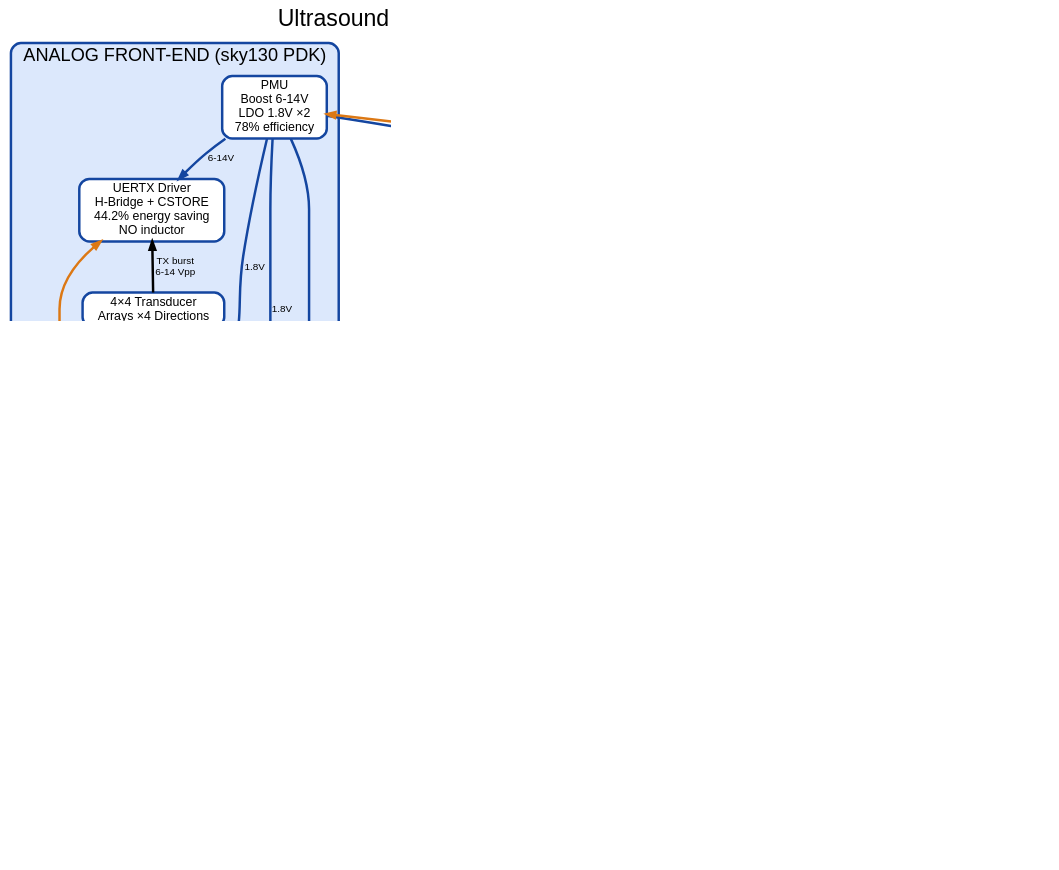
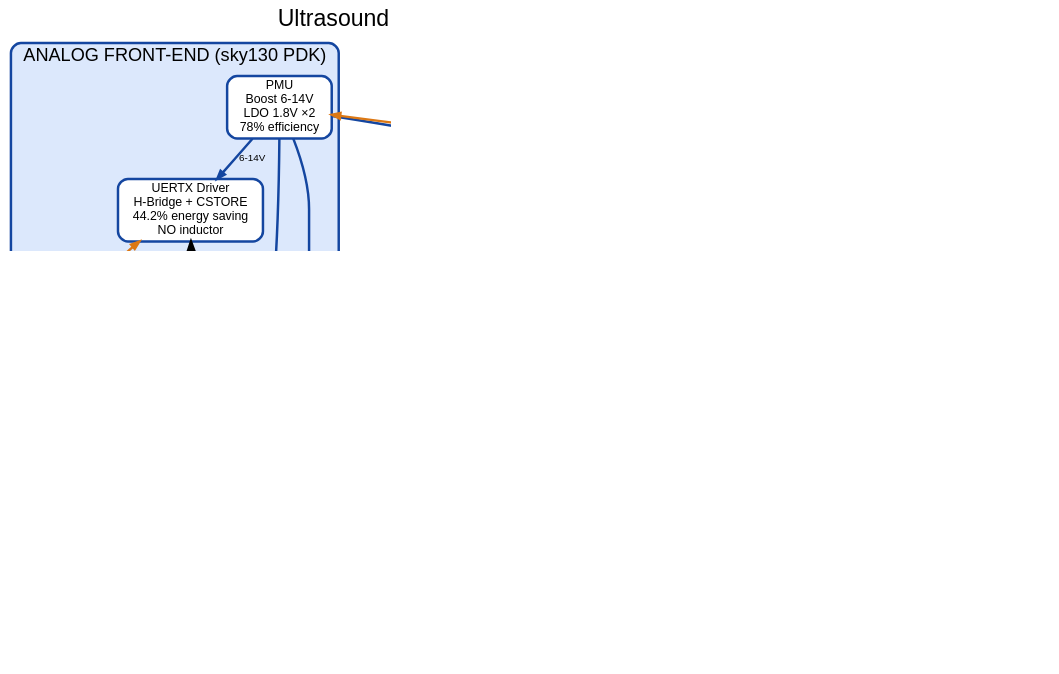
Before and after one commit to wuhannus/lunahan_ultrasound_ASIC: the diagram in figures_graphviz/fig2_system_arch.dot, drawn with Graphviz. The commit also changed 28 other files, not shown here.

First line of the commit message:
Remove BPF/VGA from system architecture: LNA feeds SAR ADC directly

```diff
--- a/figures_graphviz/fig2_system_arch.dot
+++ b/figures_graphviz/fig2_system_arch.dot
@@ -1,82 +1,77 @@
 // Figure 2: Ultrasound ASIC System Architecture
 digraph system_arch {
     dpi=200; fontname="Helvetica"; bgcolor=white;
     label="Ultrasound ASIC System Architecture (sky130 PDK)";
     labelloc=t; fontsize=28;
     rankdir=TB;
 
     node [shape=box, style="rounded,filled", fontname="Helvetica", fontsize=14, penwidth=3];
     edge [fontname="Helvetica", fontsize=12, penwidth=3, arrowsize=1.0];
 
     subgraph cluster_afe {
         label="ANALOG FRONT-END (sky130 PDK)";
         fontsize=22; fontname="Helvetica";
         style="rounded,filled"; fillcolor="#dce8fc"; color="#1446a0"; penwidth=3;
         node [fillcolor=white, color="#1446a0", fontsize=15];
 
         transducer [label="4×4 Transducer\nArrays ×4 Directions", shape=box];
-        lna [label="LNA\n30 dB gain\n2.4 dB NF\n412 µW"];
-        vga [label="VGA\n0-46 dB\n64 steps\n1.4 mW"];
-        bpf [label="BPF\n40 kHz\nBW=10 kHz"];
-        adc [label="SAR ADC\n10-bit 1.2 MS/s\n9.6 ENOB\n700 µW"];
+        lna [label="LNA\n40 dB gain\n2.5 dB NF\n0.85 mW"];
+        adc [label="SAR ADC\n10-bit 1.2 MS/s\n9.6 ENOB\n1.8 mW"];
         uertx [label="UERTX Driver\nH-Bridge + CSTORE\n44.2% energy saving\nNO inductor"];
         pmu [label="PMU\nBoost 6-14V\nLDO 1.8V ×2\n78% efficiency"];
 
         transducer -> lna [label="Echo (RX)"];
-        lna -> vga;
-        vga -> bpf;
-        bpf -> adc;
+        lna -> adc;
         uertx -> transducer [label="TX burst\n6-14 Vpp", dir=back];
     }
 
     subgraph cluster_digital {
         label="DIGITAL CONTROLLER (sky130 PDK)";
         fontsize=22; fontname="Helvetica";
         style="rounded,filled"; fillcolor="#fde8d0"; color="#dc7814"; penwidth=3;
         node [fillcolor=white, color="#dc7814", fontsize=15];
 
         core [label="lunahan_v1 RISC-V Core\nRV32IMC, 5-stage pipeline\n48 MHz, 18.2 mW"];
         mem [label="Memory\nI-Cache 4KB, D-Cache 4KB\nSRAM 32KB + 416KB"];
         tx_ctrl [label="TX Controller\nBeamforming\nPulse generation"];
         rx_ctrl [label="RX Controller\nADC interface\nTOF calculation"];
         pmu_ctrl [label="PMU Controller\nSPI master\nVoltage tuning"];
         pv_rxbf [label="PV-RXBF Beamformer\n64-ch Delay & Sum\n32×32 grid, 24 fps"];
 
         core -> tx_ctrl [label="MMIO"];
         core -> rx_ctrl [label="MMIO"];
         core -> pmu_ctrl [label="MMIO"];
         core -> pv_rxbf [label="MMIO"];
         rx_ctrl -> core [label="IRQ/Data", dir=back];
         pv_rxbf -> core [label="Voxel stream", dir=back];
         core -> mem [label="AXI4-Lite"];
     }
 
     subgraph cluster_clock {
         label="CLOCK GENERATION (sky130 PLL)";
         fontsize=22; fontname="Helvetica";
         style="rounded,filled"; fillcolor="#e8d8f8"; color="#8232c8"; penwidth=3;
         node [fillcolor=white, color="#8232c8", fontsize=15];
         pll [label="Charge-Pump PLL\n16 MHz → 50 MHz\n+ 1.2 MHz (ADC)\nLock: 28.4 µs\nJitter: 38.2 ps RMS"];
     }
 
     subgraph cluster_io {
         label="EXTERNAL I/O";
         fontsize=22; fontname="Helvetica";
         style="rounded,filled"; fillcolor="#d8f0d8"; color="#1e8c1e"; penwidth=3;
         node [fillcolor=white, color="#1e8c1e", fontsize=14];
         io [label="AXI4-Lite Bus | UART 115200 | SPI Mode 0 | GPIO 16-bit"];
     }
 
     // Cross-cluster connections
     adc -> rx_ctrl [label="10-bit parallel", color="#1446a0", ltail=cluster_afe, lhead=cluster_digital, minlen=2];
     adc -> pv_rxbf [label="Sample stream", color="#1446a0", minlen=2];
     pmu -> lna [label="1.8V", color="#1446a0"];
-    pmu -> vga [label="1.8V", color="#1446a0"];
     pmu -> adc [label="1.8V", color="#1446a0"];
     pmu -> uertx [label="6-14V", color="#1446a0"];
     pmu -> core [label="1.8V", color="#1446a0"];
     tx_ctrl -> uertx [label="Pulse control", color="#dc7814"];
     pmu_ctrl -> pmu [label="SPI", color="#dc7814"];
     pll -> core [label="50 MHz", color="#8232c8"];
     pll -> adc [label="1.2 MHz", color="#8232c8"];
 }
```
